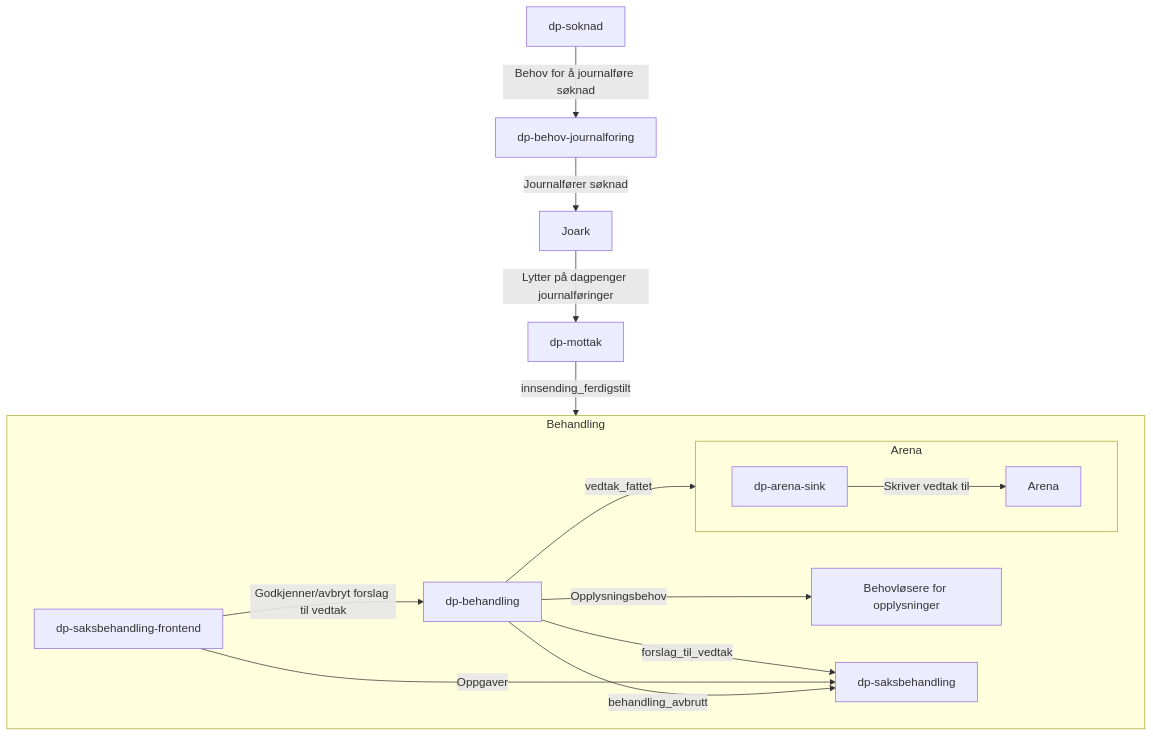
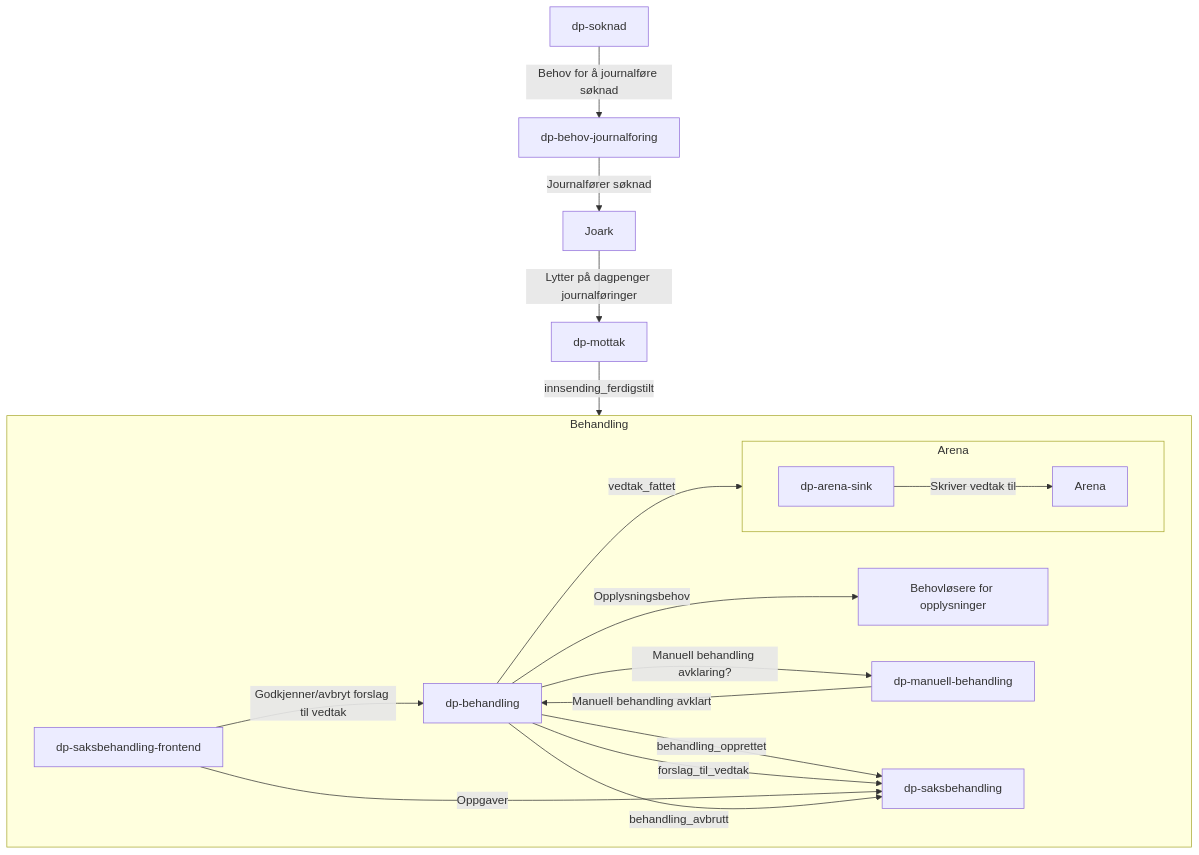
The second of 2 diagrams in docs/README.md (navikt/dp-vedtak), drawn with Mermaid before and after one commit. The commit also changed 1 other file, not shown here.

Commit message:
Fiks av systemoversikt og TODO på søknadstidspunkt for lang frem i tid.

````diff
--- a/docs/README.md
+++ b/docs/README.md
@@ -53,41 +53,45 @@
 ```mermaid
 flowchart TD
     A[dp-soknad] 
     B[dp-behov-journalforing]
     C[dp-mottak]
     D[dp-behandling]
     E[dp-saksbehandling]
     F[dp-saksbehandling-frontend]
     G[Joark]
     H[dp-arena-sink]
     I[Arena]
     J[Behovløsere for opplysninger]
+    K[dp-manuell-behandling]
 
     click A "https://github.com/navikt/dp-soknad" "dp-soknad"
     click B "https://github.com/navikt/dp-behov-journalforing" "dp-behov-journalforing"
     click C "https://github.com/navikt/dp-mottak" "dp-mottak"
     click D "https://github.com/navikt/dp-behandling" "dp-behandling"
     click E "https://github.com/navikt/dp-saksbehandling" "dp-saksbehandling"
     click F "https://github.com/navikt/dp-saksbehandling-frontend" "dp-saksbehandling-frontend"
     click H "https://github.com/navikt/dp-arena-sink" "dp-arena-sink"
     click J "https://github.com/navikt/dp-behandling/blob/main/docs/README.md#behov-for-opplysninger" "Behovløsere for opplysninger"
 
 
     A -->|Behov for å journalføre søknad|B
     B -->|Journalfører søknad|G
     G -->|Lytter på dagpenger journalføringer|C
     C -->|innsending_ferdigstilt|Behandling
 
 subgraph Behandling
     D -->|Opplysningsbehov|J
+    D -->|Manuell behandling avklaring?|K
+    K -->|Manuell behandling avklart|D
+    D -->|behandling_opprettet|E
     D -->|forslag_til_vedtak|E
     F -->|Oppgaver|E
     D -->|behandling_avbrutt|E
     F -->|Godkjenner/avbryt forslag til vedtak|D
     D -->|vedtak_fattet|Arena
 end
 
 subgraph Arena
     H -->|Skriver vedtak til|I
 end
 ```
````
